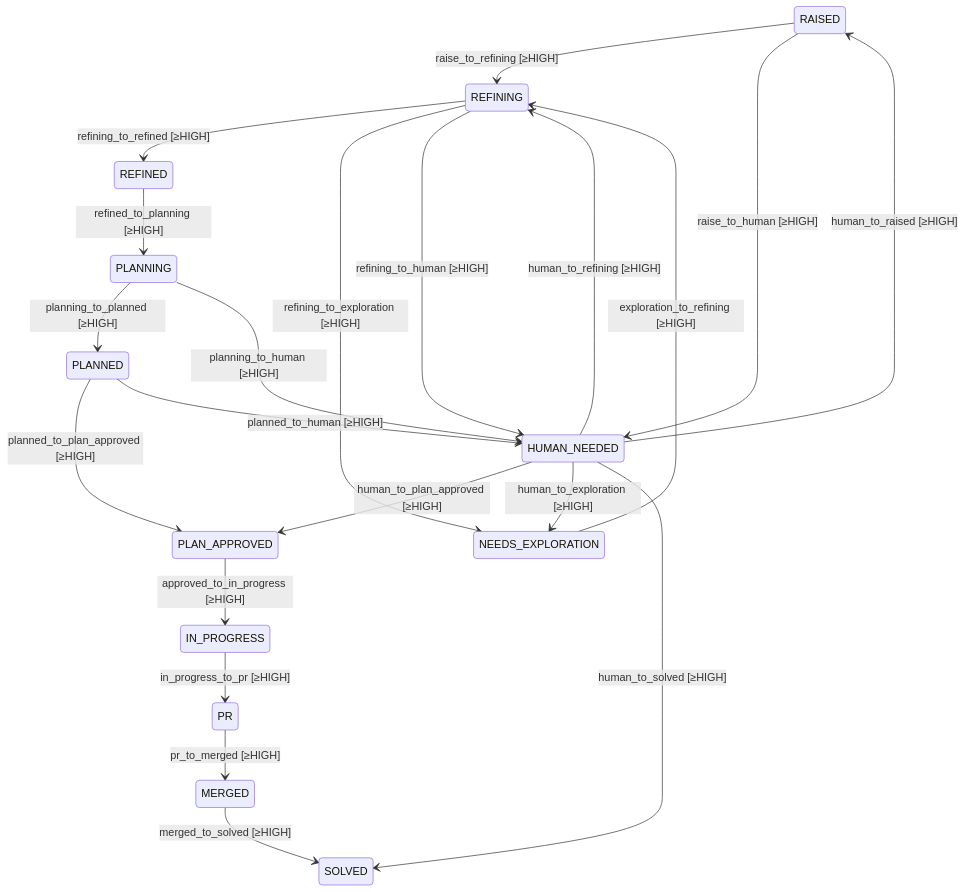
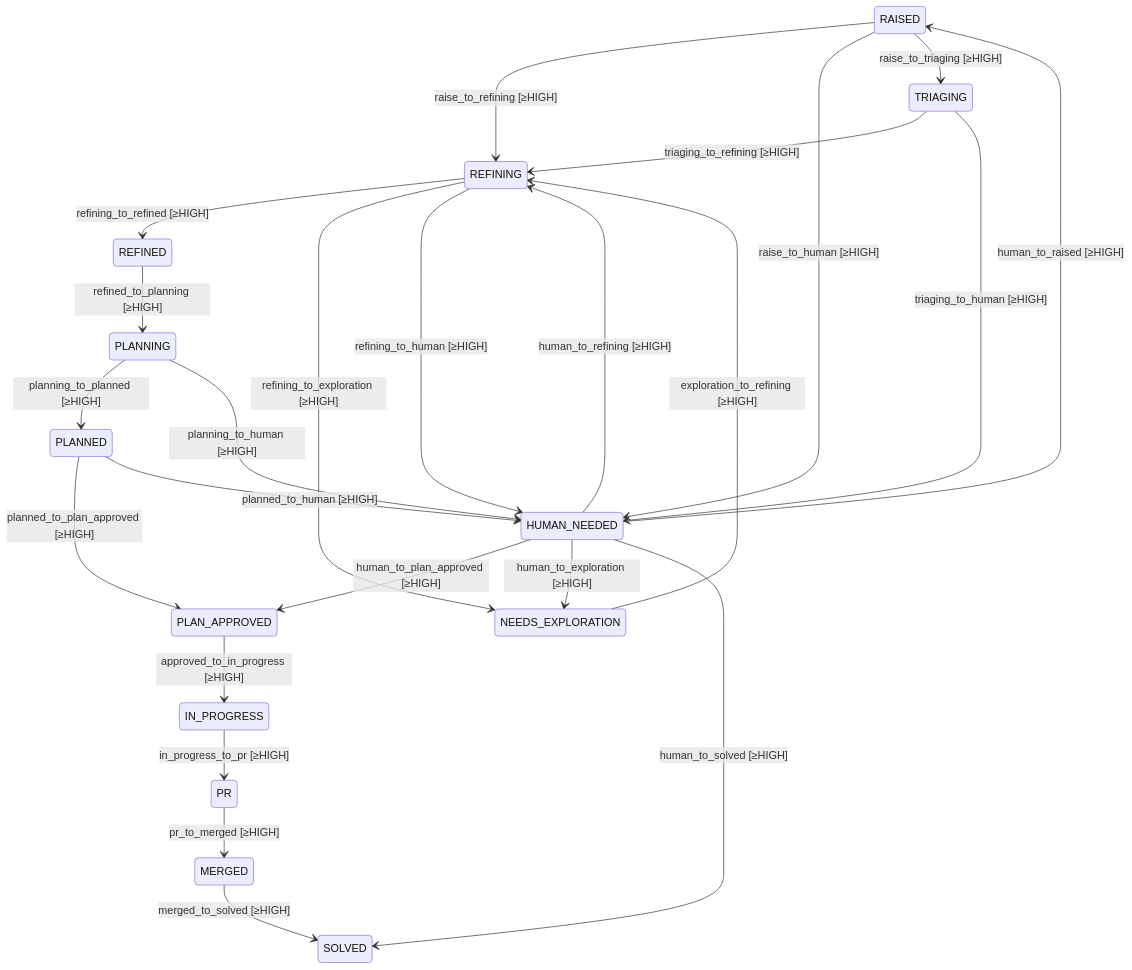
Before and after one commit to damien-robotsix/robotsix-cai: the first of 2 diagrams in docs/fsm.md, drawn with Mermaid. The commit also changed 1 other file, not shown here.

Commit message:
chore: auto-regenerate generated docs

````diff
--- a/docs/fsm.md
+++ b/docs/fsm.md
@@ -14,23 +14,26 @@
 ```mermaid
 stateDiagram-v2
     RAISED --> REFINING : raise_to_refining [≥HIGH]
     RAISED --> HUMAN_NEEDED : raise_to_human [≥HIGH]
+    RAISED --> TRIAGING : raise_to_triaging [≥HIGH]
+    TRIAGING --> REFINING : triaging_to_refining [≥HIGH]
+    TRIAGING --> HUMAN_NEEDED : triaging_to_human [≥HIGH]
     REFINING --> REFINED : refining_to_refined [≥HIGH]
     REFINING --> NEEDS_EXPLORATION : refining_to_exploration [≥HIGH]
     REFINING --> HUMAN_NEEDED : refining_to_human [≥HIGH]
     NEEDS_EXPLORATION --> REFINING : exploration_to_refining [≥HIGH]
     REFINED --> PLANNING : refined_to_planning [≥HIGH]
     PLANNING --> PLANNED : planning_to_planned [≥HIGH]
     PLANNING --> HUMAN_NEEDED : planning_to_human [≥HIGH]
     PLANNED --> PLAN_APPROVED : planned_to_plan_approved [≥HIGH]
     PLANNED --> HUMAN_NEEDED : planned_to_human [≥HIGH]
     PLAN_APPROVED --> IN_PROGRESS : approved_to_in_progress [≥HIGH]
     IN_PROGRESS --> PR : in_progress_to_pr [≥HIGH]
     PR --> MERGED : pr_to_merged [≥HIGH]
     MERGED --> SOLVED : merged_to_solved [≥HIGH]
     HUMAN_NEEDED --> RAISED : human_to_raised [≥HIGH]
     HUMAN_NEEDED --> REFINING : human_to_refining [≥HIGH]
     HUMAN_NEEDED --> PLAN_APPROVED : human_to_plan_approved [≥HIGH]
     HUMAN_NEEDED --> NEEDS_EXPLORATION : human_to_exploration [≥HIGH]
     HUMAN_NEEDED --> SOLVED : human_to_solved [≥HIGH]
 ```
````
